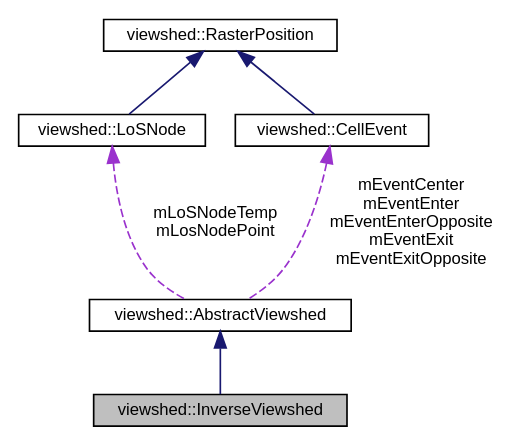
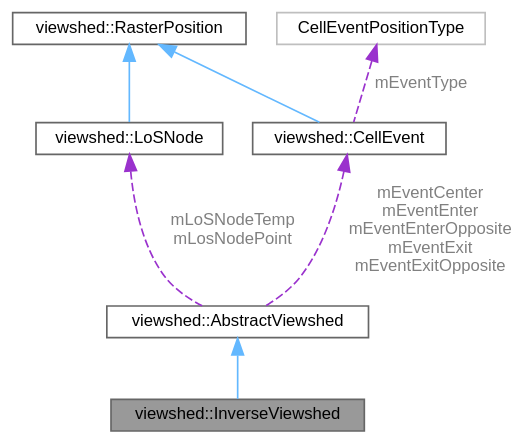
The diagram in classviewshed_1_1InverseViewshed__coll__graph.dot (JanCaha/cpp-viewshed-library), drawn with Graphviz before and after one commit. The commit also changed 320 other files, not shown here.

```diff
--- a/classviewshed_1_1InverseViewshed__coll__graph.dot
+++ b/classviewshed_1_1InverseViewshed__coll__graph.dot
@@ -1,16 +1,19 @@
 digraph "viewshed::InverseViewshed"
 {
  // LATEX_PDF_SIZE
-  edge [fontname="Helvetica",fontsize="10",labelfontname="Helvetica",labelfontsize="10"];
-  node [fontname="Helvetica",fontsize="10",shape=record];
-  Node1 [label="viewshed::InverseViewshed",height=0.2,width=0.4,color="black", fillcolor="grey75", style="filled", fontcolor="black",tooltip=" "];
-  Node2 -> Node1 [dir="back",color="midnightblue",fontsize="10",style="solid",fontname="Helvetica"];
-  Node2 [label="viewshed::AbstractViewshed",height=0.2,width=0.4,color="black", fillcolor="white", style="filled",URL="$classviewshed_1_1AbstractViewshed.html",tooltip="Abstract class that represents viewshed calculation from this class specific implementations ( Viewsh..."];
-  Node3 -> Node2 [dir="back",color="darkorchid3",fontsize="10",style="dashed",label=" mLoSNodeTemp\nmLosNodePoint" ,fontname="Helvetica"];
-  Node3 [label="viewshed::LoSNode",height=0.2,width=0.4,color="black", fillcolor="white", style="filled",URL="$classviewshed_1_1LoSNode.html",tooltip="Representation of single cell that creates a point on LoS."];
-  Node4 -> Node3 [dir="back",color="midnightblue",fontsize="10",style="solid",fontname="Helvetica"];
-  Node4 [label="viewshed::RasterPosition",height=0.2,width=0.4,color="black", fillcolor="white", style="filled",URL="$classviewshed_1_1RasterPosition.html",tooltip="Class to represent position on raster in term of row and column."];
-  Node5 -> Node2 [dir="back",color="darkorchid3",fontsize="10",style="dashed",label=" mEventCenter\nmEventEnter\nmEventEnterOpposite\nmEventExit\nmEventExitOpposite" ,fontname="Helvetica"];
-  Node5 [label="viewshed::CellEvent",height=0.2,width=0.4,color="black", fillcolor="white", style="filled",URL="$classviewshed_1_1CellEvent.html",tooltip="Class representing cell events for Van Kreveld's plane sweep algorithm. Stores cell position (row and..."];
-  Node4 -> Node5 [dir="back",color="midnightblue",fontsize="10",style="solid",fontname="Helvetica"];
+  bgcolor="transparent";
+  edge [fontname=Helvetica,fontsize=10,labelfontname=Helvetica,labelfontsize=10];
+  node [fontname=Helvetica,fontsize=10,shape=box,height=0.2,width=0.4];
+  Node1 [id="Node000001",label="viewshed::InverseViewshed",height=0.2,width=0.4,color="gray40", fillcolor="grey60", style="filled", fontcolor="black",tooltip=" "];
+  Node2 -> Node1 [id="edge1_Node000001_Node000002",dir="back",color="steelblue1",style="solid",tooltip=" "];
+  Node2 [id="Node000002",label="viewshed::AbstractViewshed",height=0.2,width=0.4,color="gray40", fillcolor="white", style="filled",URL="$classviewshed_1_1AbstractViewshed.html",tooltip="Abstract class that represents viewshed calculation from this class specific implementations ( Viewsh..."];
+  Node3 -> Node2 [id="edge2_Node000002_Node000003",dir="back",color="darkorchid3",style="dashed",tooltip=" ",label=" mLoSNodeTemp\nmLosNodePoint",fontcolor="grey" ];
+  Node3 [id="Node000003",label="viewshed::LoSNode",height=0.2,width=0.4,color="gray40", fillcolor="white", style="filled",URL="$classviewshed_1_1LoSNode.html",tooltip="Representation of single cell that creates a point on LoS."];
+  Node4 -> Node3 [id="edge3_Node000003_Node000004",dir="back",color="steelblue1",style="solid",tooltip=" "];
+  Node4 [id="Node000004",label="viewshed::RasterPosition",height=0.2,width=0.4,color="gray40", fillcolor="white", style="filled",URL="$classviewshed_1_1RasterPosition.html",tooltip="Class to represent position on raster in term of row and column."];
+  Node5 -> Node2 [id="edge4_Node000002_Node000005",dir="back",color="darkorchid3",style="dashed",tooltip=" ",label=" mEventCenter\nmEventEnter\nmEventEnterOpposite\nmEventExit\nmEventExitOpposite",fontcolor="grey" ];
+  Node5 [id="Node000005",label="viewshed::CellEvent",height=0.2,width=0.4,color="gray40", fillcolor="white", style="filled",URL="$classviewshed_1_1CellEvent.html",tooltip="Class representing cell events for Van Kreveld's plane sweep algorithm. Stores cell position (row and..."];
+  Node4 -> Node5 [id="edge5_Node000005_Node000004",dir="back",color="steelblue1",style="solid",tooltip=" "];
+  Node6 -> Node5 [id="edge6_Node000005_Node000006",dir="back",color="darkorchid3",style="dashed",tooltip=" ",label=" mEventType",fontcolor="grey" ];
+  Node6 [id="Node000006",label="CellEventPositionType",height=0.2,width=0.4,color="grey75", fillcolor="white", style="filled",tooltip=" "];
 }
```
